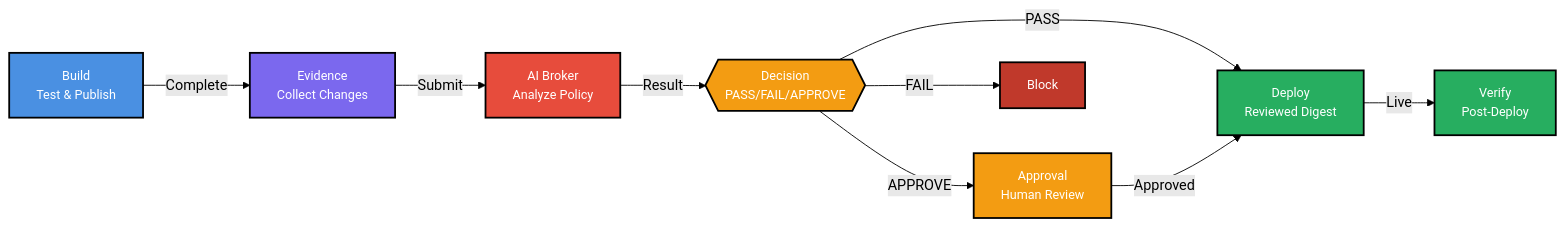
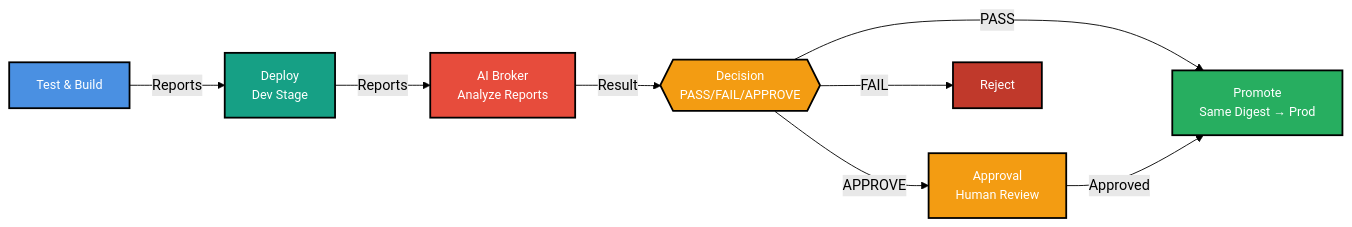
The first of 2 diagrams in README.md (Georges034302/DRA2.0-POC-Demo-app), drawn with Mermaid (forest theme) before and after one commit. The commit also changed other lines of this file and 7 other files, not shown here.

Commit message:
Update all docs for dev/prod staged promotion architecture

````diff
--- a/README.md
+++ b/README.md
@@ -24,28 +24,25 @@
 ```mermaid
 flowchart LR
-    A["Build<br/>Test & Publish"] 
-    B["Evidence<br/>Collect Changes"]
-    C["AI Broker<br/>Analyze Policy"]
+    A["Test & Build"] 
+    B["Deploy<br/>Dev Stage"]
+    C["AI Broker<br/>Analyze Reports"]
     D{{"Decision<br/>PASS/FAIL/APPROVE"}}
     E["Approval<br/>Human Review"]
-    F["Deploy<br/>Reviewed Digest"]
-    G["Verify<br/>Post-Deploy"]
+    F["Promote<br/>Same Digest → Prod"]
     
-    A -->|Complete| B
-    B -->|Submit| C
+    A -->|Reports| B
+    B -->|Reports| C
     C -->|Result| D
     D -->|PASS| F
     D -->|APPROVE| E
     E -->|Approved| F
-    D -->|FAIL| X["Block"]
-    F -->|Live| G
+    D -->|FAIL| X["Reject"]
     
     style A fill:#4A90E2,stroke:#000,stroke-width:2px,color:#fff,font-size:14px
-    style B fill:#7B68EE,stroke:#000,stroke-width:2px,color:#fff,font-size:14px
+    style B fill:#16A085,stroke:#000,stroke-width:2px,color:#fff,font-size:14px
     style C fill:#E74C3C,stroke:#000,stroke-width:2px,color:#fff,font-size:14px
     style D fill:#F39C12,stroke:#000,stroke-width:2px,color:#fff,font-size:14px
     style E fill:#F39C12,stroke:#000,stroke-width:2px,color:#fff,font-size:14px
     style F fill:#27AE60,stroke:#000,stroke-width:2px,color:#fff,font-size:14px
-    style G fill:#27AE60,stroke:#000,stroke-width:2px,color:#fff,font-size:14px
     style X fill:#C0392B,stroke:#000,stroke-width:2px,color:#fff,font-size:14px
 ```
````
